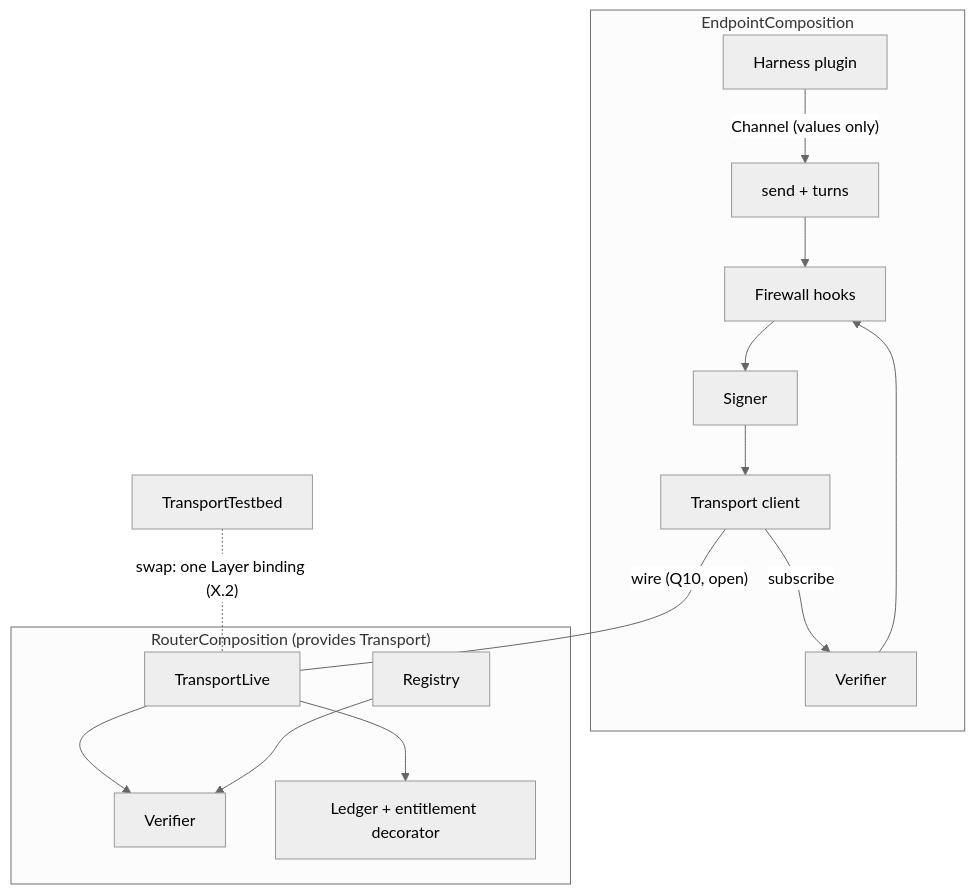
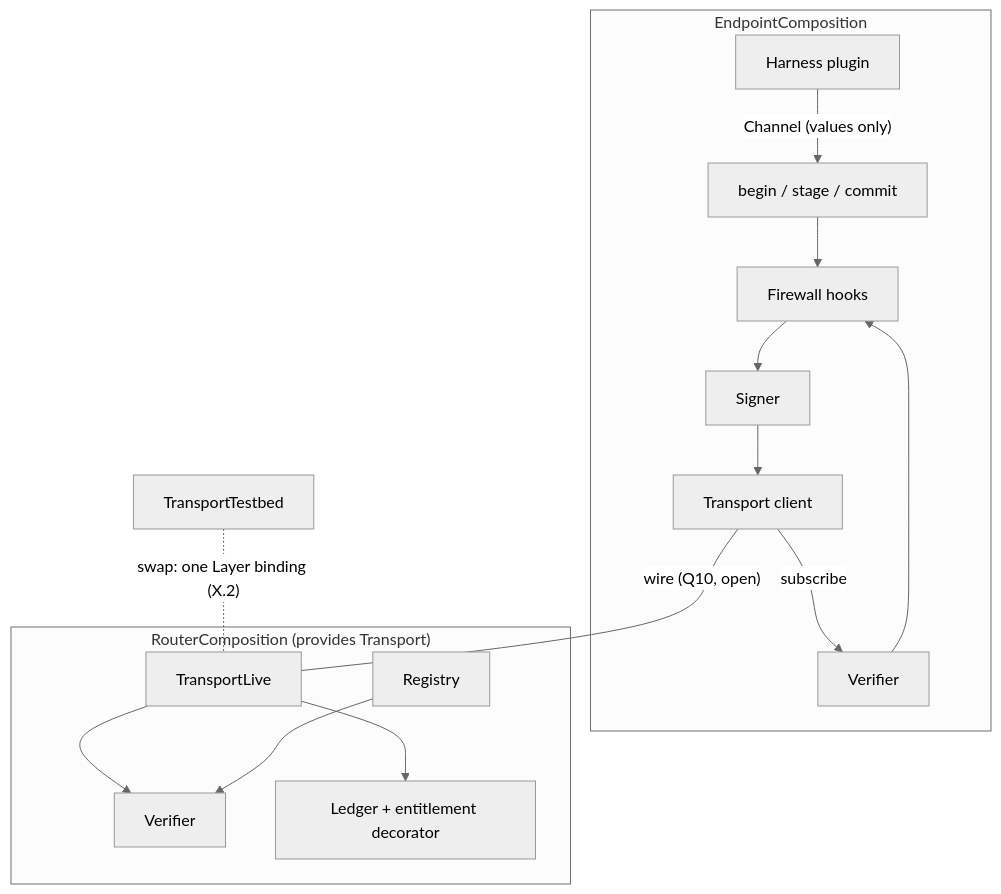
Before and after one commit to chughtapan/moltzap: the third of 3 diagrams in docs/spec/layer-interfaces.md, drawn with Mermaid (neutral theme). The commit also changed other lines of this file and 1 other file, not shown here.

First line of the commit message:
docs(v2): the transcript is a pessimistic database — begin locks the turn

````diff
--- a/docs/spec/layer-interfaces.md
+++ b/docs/spec/layer-interfaces.md
@@ -415,16 +433,16 @@
 ```mermaid
 flowchart TB
   subgraph Endpoint["EndpointComposition"]
-    HP[Harness plugin] -- "Channel (values only)" --> CH[send + turns]
+    HP[Harness plugin] -- "Channel (values only)" --> CH[begin / stage / commit]
     CH --> FH[Firewall hooks] --> SG[Signer]
     SG --> TC[Transport client]
     TC -- subscribe --> VF1[Verifier] --> FH
   end
   subgraph Router["RouterComposition (provides Transport)"]
     TL[TransportLive] --> VF2[Verifier]
     TL --> LG[Ledger + entitlement decorator]
     RG[Registry] --> VF2
   end
   TB[TransportTestbed] -. "swap: one Layer binding (X.2)" .- TL
   TC -- "wire (Q10, open)" --- TL
 ```
````
